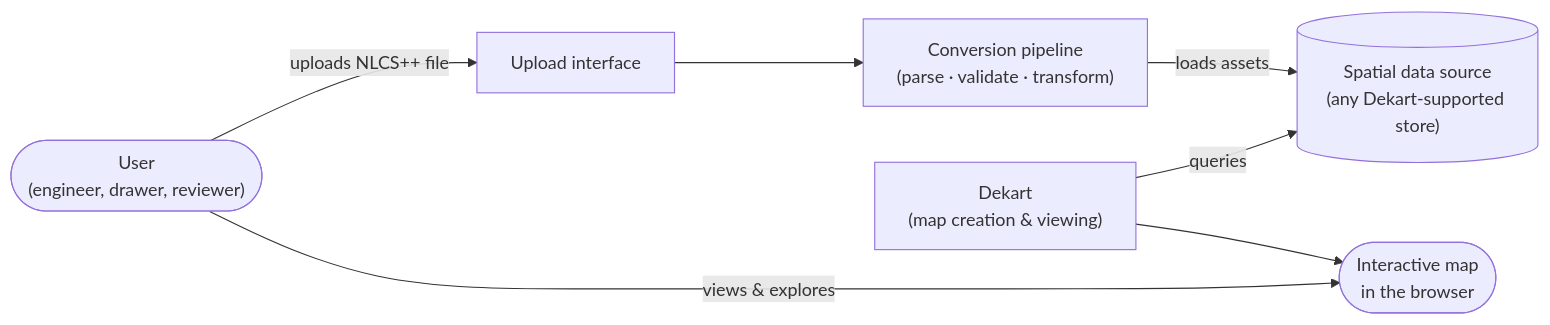
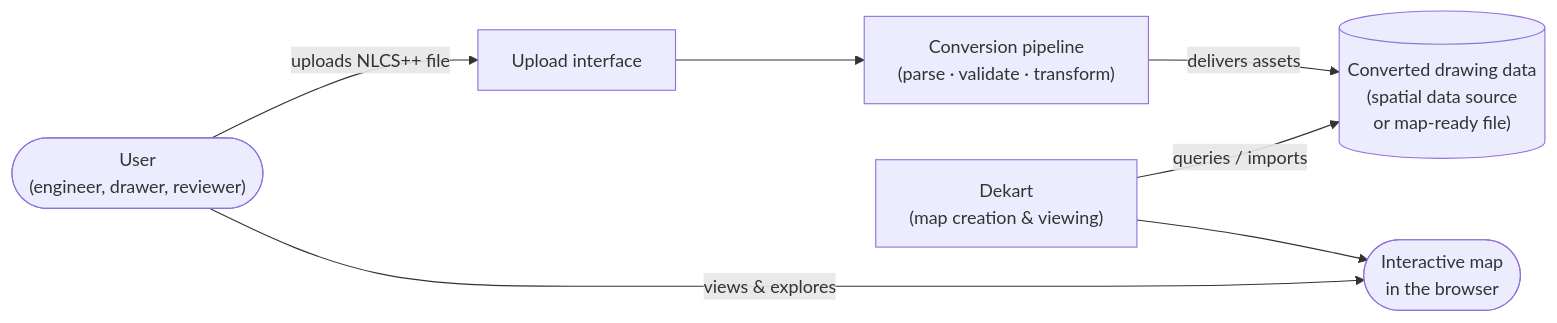
The diagram in docs/spec/01-overview.md (Peterie/NLCSWebViewer), drawn with Mermaid before and after one commit. The commit also changed other lines of this file and 2 other files, not shown here.

First line of the commit message:
Reflect Dekart's file-upload capability in architecture docs

````diff
--- a/docs/spec/01-overview.md
+++ b/docs/spec/01-overview.md
@@ -34,16 +36,16 @@
 ```mermaid
 flowchart LR
     user(["User<br/>(engineer, drawer, reviewer)"])
     upload["Upload interface"]
     convert["Conversion pipeline<br/>(parse · validate · transform)"]
-    store[("Spatial data source<br/>(any Dekart-supported store)")]
+    store[("Converted drawing data<br/>(spatial data source<br/>or map-ready file)")]
     dekart["Dekart<br/>(map creation & viewing)"]
     map(["Interactive map<br/>in the browser"])
 
     user -- "uploads NLCS++ file" --> upload
     upload --> convert
-    convert -- "loads assets" --> store
-    dekart -- "queries" --> store
+    convert -- "delivers assets" --> store
+    dekart -- "queries / imports" --> store
     dekart --> map
     user -- "views & explores" --> map
 ```
````
